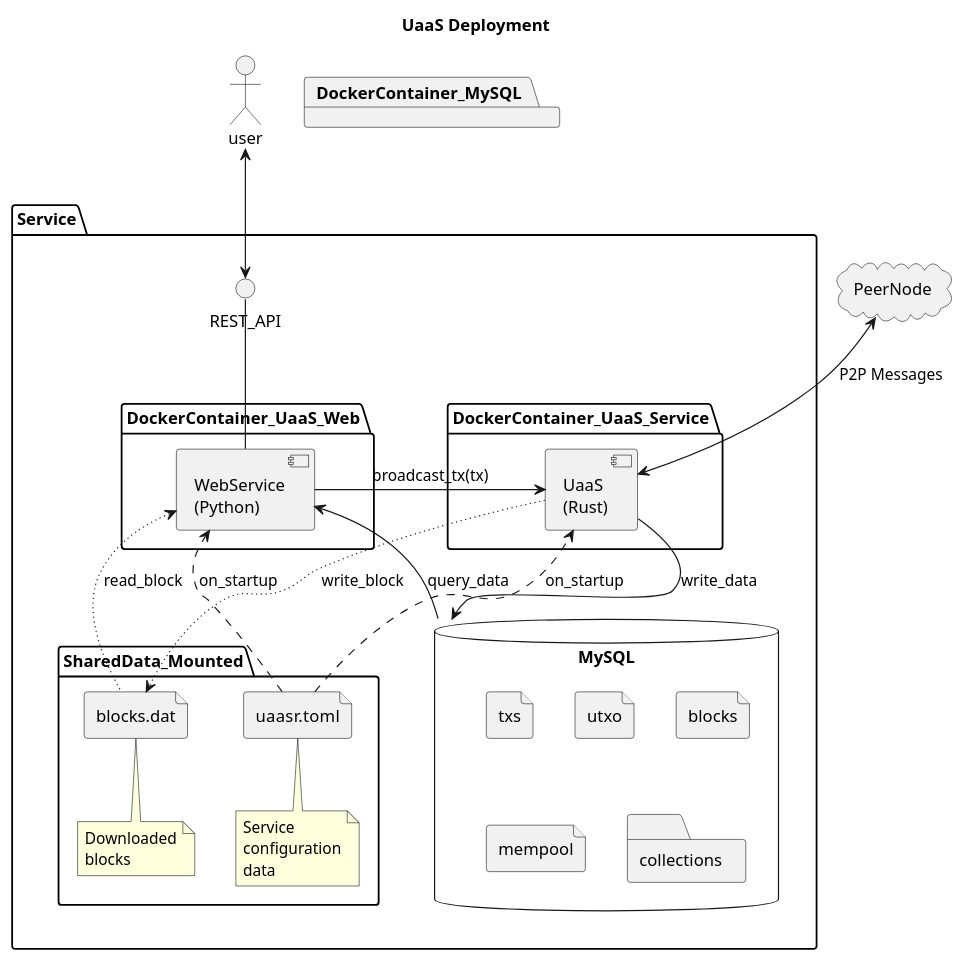
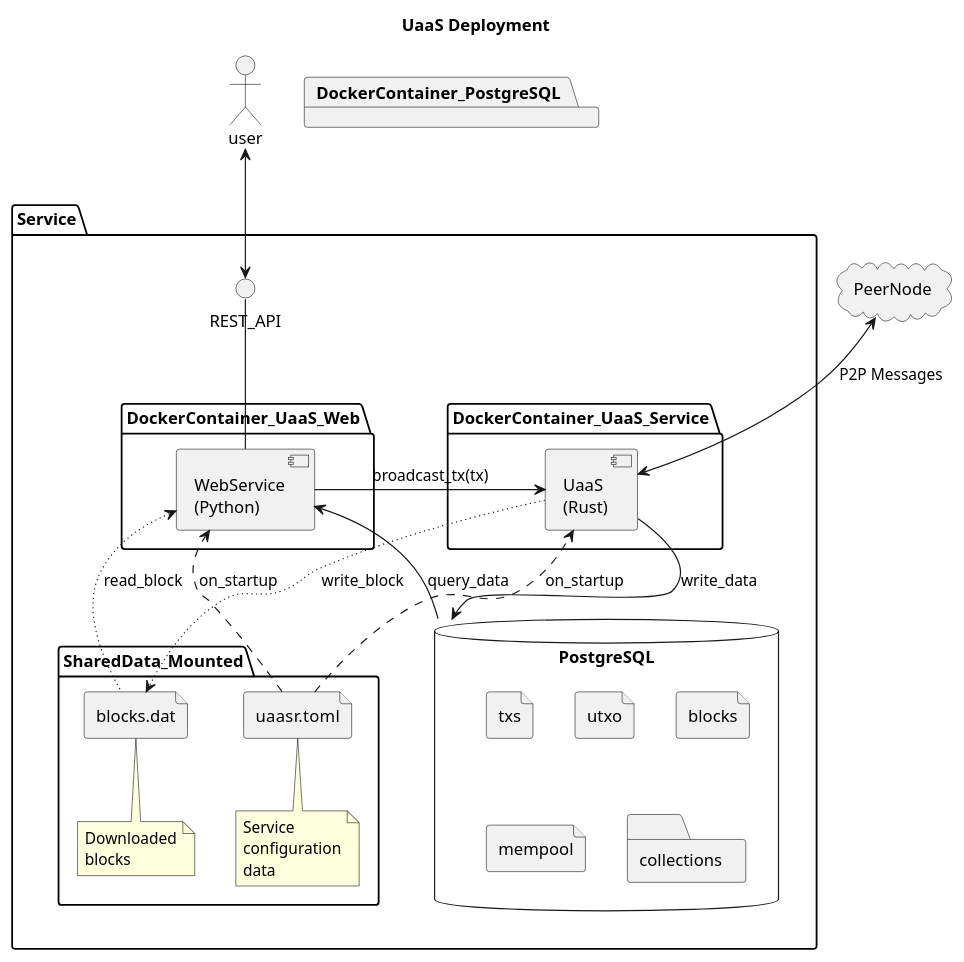
Before and after one commit to nchain-innovation/utxo-as-a-service: the diagram in docs/diagrams/deployment.puml, drawn with PlantUML. The commit also changed 3 other files, not shown here.

```diff
--- a/docs/diagrams/deployment.puml
+++ b/docs/diagrams/deployment.puml
@@ -1,63 +1,63 @@
 @startuml
 Title UaaS Deployment
 ' left to right direction
 
 actor user
 cloud PeerNode
 
 package Service {
     () "REST_API"
 
     package DockerContainer_UaaS_Web {
         component "WebService\n(Python)" as WebService
     }
 
     user <--> REST_API
     REST_API -- WebService
 
 
     package DockerContainer_UaaS_Service {
         component "UaaS\n(Rust)" as UaaS
     }
 
     PeerNode <-down-> UaaS: P2P Messages
     WebService -right-> UaaS: broadcast_tx(tx)
 
     package SharedData_Mounted {
         file blocks.dat
         note bottom
         Downloaded
         blocks
         end note
 
         file uaasr.toml
         note bottom
         Service
         configuration
         data
         end note
     }
 
     uaasr.toml ..> UaaS :on_startup
     uaasr.toml ..> WebService :on_startup
 
-    UaaS --> MySQL : write_data
-    WebService <-- MySQL : query_data
+    UaaS --> PostgreSQL : write_data
+    WebService <-- PostgreSQL : query_data
 
     UaaS ~~> blocks.dat :write_block
     WebService <~~ blocks.dat: read_block
 
 }
 
-package DockerContainer_MySQL {
-    database MySQL  {
+package DockerContainer_PostgreSQL {
+    database PostgreSQL  {
         file txs
         file utxo
         file blocks
         file mempool
         folder collections
     }
 }
 
 
 @enduml
```
